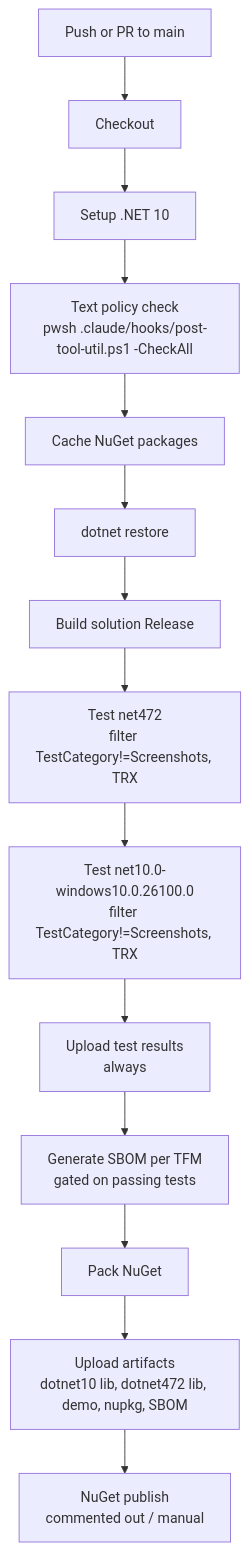
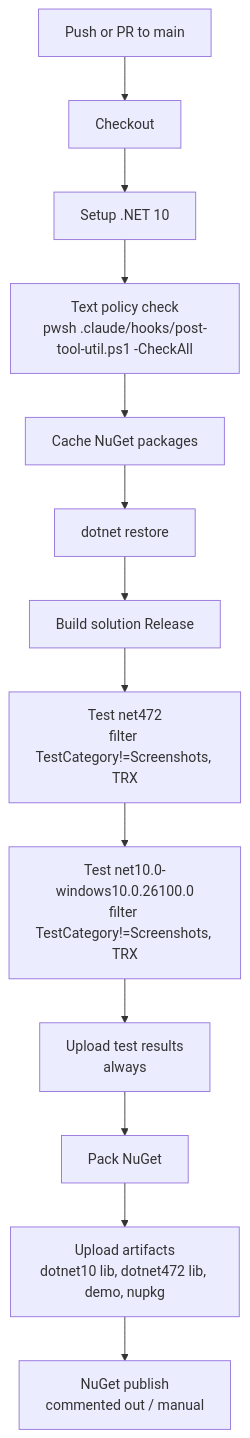
The diagram in AGENTS.md (sintaxasn/Fluence.Wpf), drawn with Mermaid before and after one commit. The commit also changed other lines of this file, not shown here.

Commit message:
Drop the removed SBOM stage from the CI description

````diff
--- a/AGENTS.md
+++ b/AGENTS.md
@@ -299,16 +299,15 @@
 ```mermaid
 flowchart TD
     A[Push or PR to main] --> B[Checkout]
     B --> C[Setup .NET 10]
     C --> G[Text policy check<br/>pwsh .claude/hooks/post-tool-util.ps1 -CheckAll]
     G --> D[Cache NuGet packages]
     D --> E[dotnet restore]
     E --> H[Build solution Release]
     H --> I[Test net472<br/>filter TestCategory!=Screenshots, TRX]
     I --> J[Test net10.0-windows10.0.26100.0<br/>filter TestCategory!=Screenshots, TRX]
     J --> K[Upload test results<br/>always]
-    K --> S[Generate SBOM per TFM<br/>gated on passing tests]
-    S --> L[Pack NuGet]
-    L --> M[Upload artifacts<br/>dotnet10 lib, dotnet472 lib, demo, nupkg, SBOM]
+    K --> L[Pack NuGet]
+    L --> M[Upload artifacts<br/>dotnet10 lib, dotnet472 lib, demo, nupkg]
     M --> N[NuGet publish<br/>commented out / manual]
 ```
````
